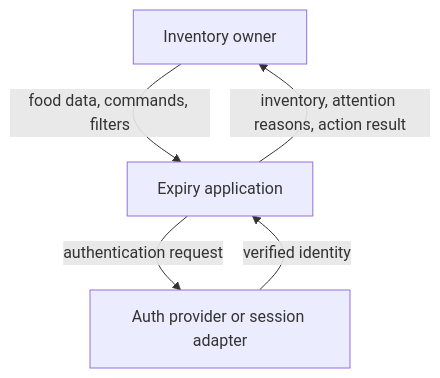
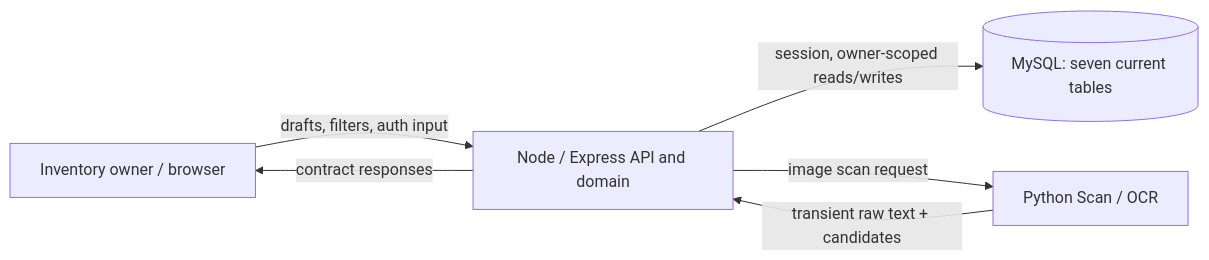
Before and after one commit to tducn011/expiry: the first of 2 diagrams in docs/architecture/06-data-model/data-flows.md, drawn with Mermaid. The commit also changed other lines of this file and 150 other files, not shown here.

Commit message:
feat(schema): reconcile MySQL data model, forms UX, contracts, and architecture documentation

````diff
--- a/docs/architecture/06-data-model/data-flows.md
+++ b/docs/architecture/06-data-model/data-flows.md
@@ -32,7 +34,8 @@
 ```mermaid
-flowchart TD
- U["Inventory owner"] -->|"food data, commands, filters"| SYS["Expiry application"]
- SYS -->|"inventory, attention reasons, action result"| U
- AUTH["Auth provider or session adapter"] -->|"verified identity"| SYS
- SYS -->|"authentication request"| AUTH
+flowchart LR
+  Owner["Inventory owner / browser"] -->|"drafts, filters, auth input"| Node["Node / Express API and domain"]
+  Node -->|"session, owner-scoped reads/writes"| MySQL[("MySQL: seven current tables")]
+  Node -->|"image scan request"| Python["Python Scan / OCR"]
+  Python -->|"transient raw text + candidates"| Node
+  Node -->|"contract responses"| Owner
 ```
````
